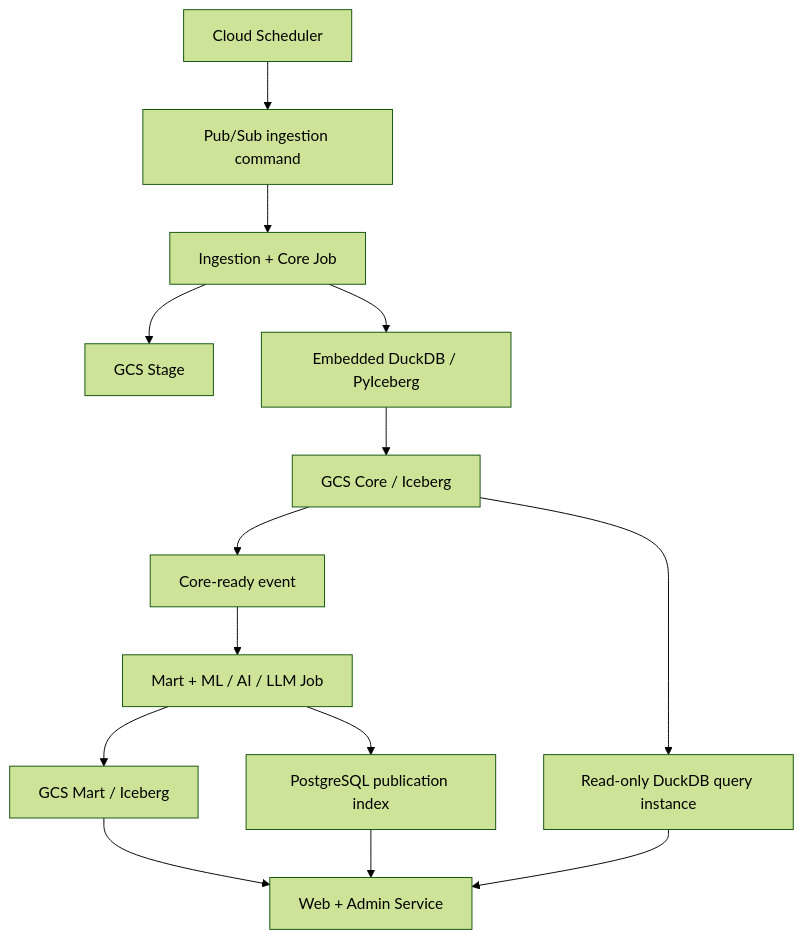
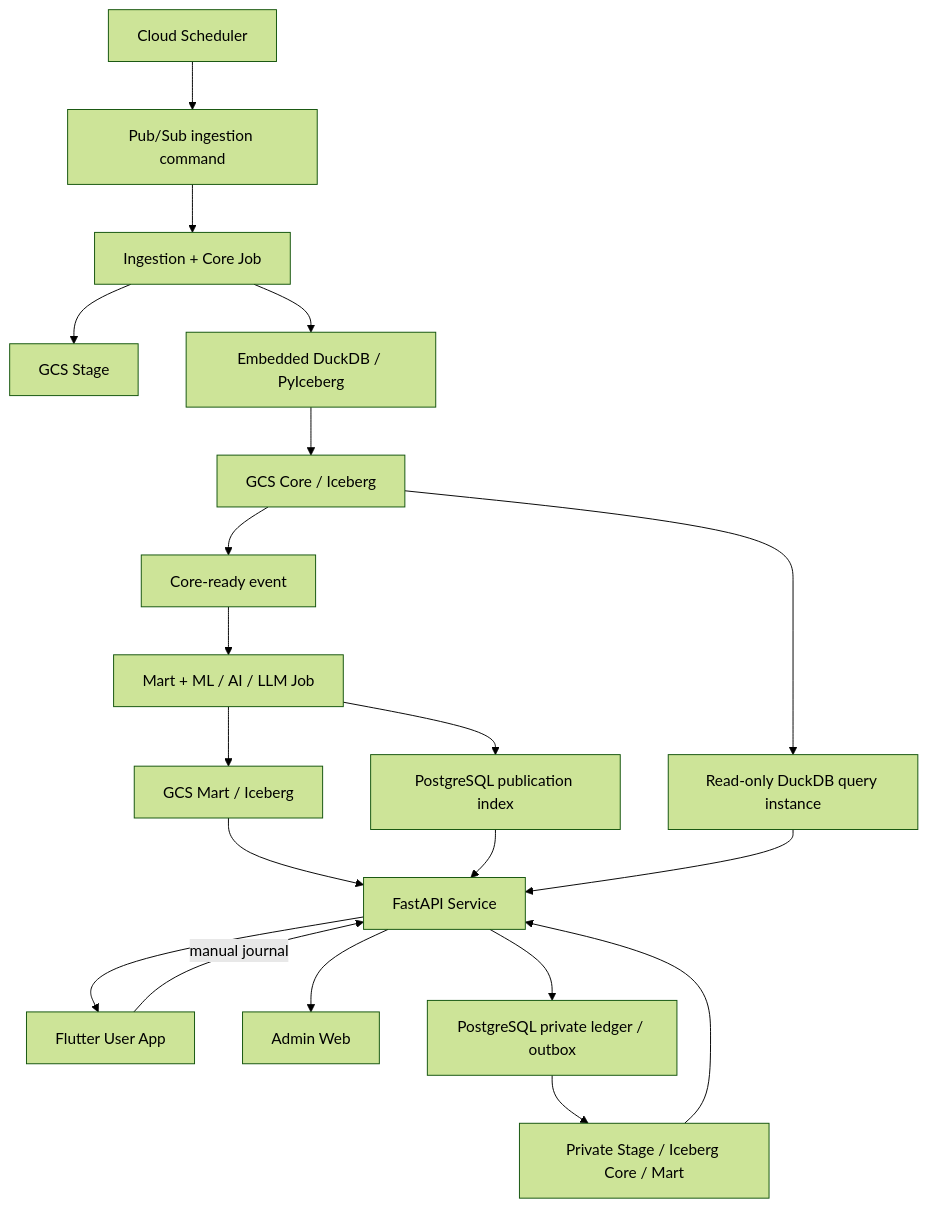
The diagram in doc/spec.md (tommylin15/janus-omniforge), drawn with Mermaid (forest theme) before and after one commit. The commit also changed other lines of this file and 4 other files, not shown here.

````diff
--- a/doc/spec.md
+++ b/doc/spec.md
@@ -60,16 +71,22 @@
 ```mermaid
 flowchart TD
     A["Cloud Scheduler"] --> B["Pub/Sub ingestion command"]
     B --> C["Ingestion + Core Job"]
     C --> D["GCS Stage"]
     C --> E["Embedded DuckDB / PyIceberg"]
     E --> F["GCS Core / Iceberg"]
     F --> G["Core-ready event"]
     G --> H["Mart + ML / AI / LLM Job"]
     H --> I["GCS Mart / Iceberg"]
     H --> J["PostgreSQL publication index"]
-    I --> K["Web + Admin Service"]
+    I --> K["FastAPI Service"]
     J --> K
+    K --> M["Flutter User App"]
+    K --> N["Admin Web"]
+    M -->|"manual journal"| K
+    K --> O["PostgreSQL private ledger / outbox"]
+    O --> P["Private Stage / Iceberg Core / Mart"]
+    P --> K
     F --> L["Read-only DuckDB query instance"]
     L --> K
 ```
````
